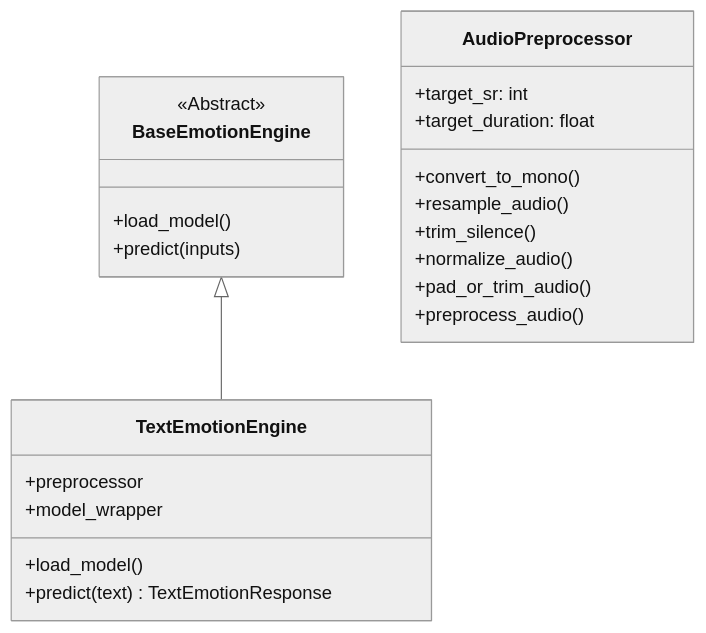
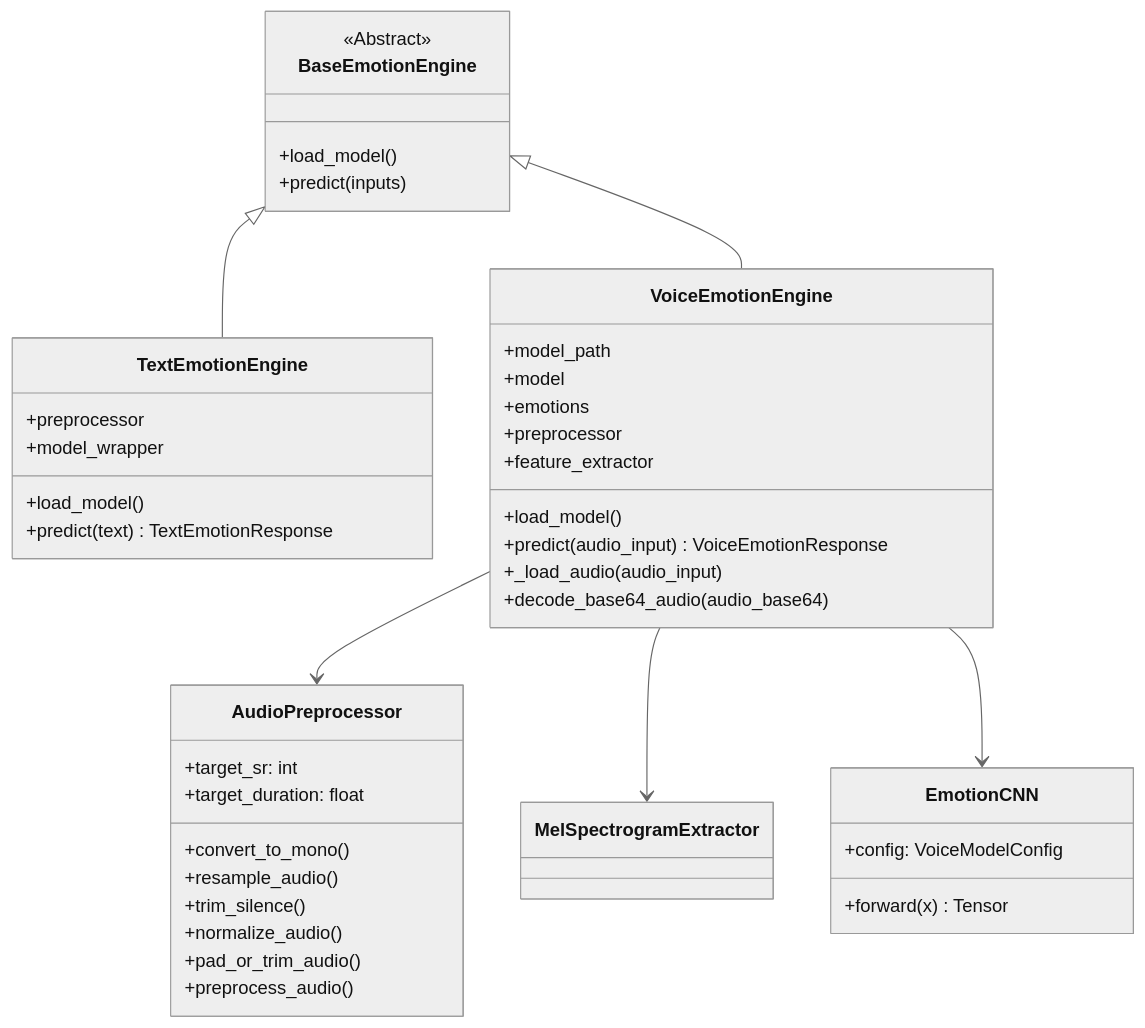
The diagram in README.md (AshwinKumarL/EmotionTrack-AI), drawn with Mermaid (neutral theme) before and after one commit. The commit also changed other lines of this file and 32 other files, not shown here.

First line of the commit message:
feat: complete voice emotion recognition pipeline with VM/2 model, FastAPI API, and 111 tests

````diff
--- a/README.md
+++ b/README.md
@@ -40,25 +75,44 @@
 ```mermaid
 classDiagram
     class BaseEmotionEngine {
         <<Abstract>>
         +load_model()
         +predict(inputs)
     }
     class TextEmotionEngine {
         +preprocessor
         +model_wrapper
         +load_model()
         +predict(text) TextEmotionResponse
     }
+    class VoiceEmotionEngine {
+        +model_path
+        +model
+        +emotions
+        +preprocessor
+        +feature_extractor
+        +load_model()
+        +predict(audio_input) VoiceEmotionResponse
+        +_load_audio(audio_input)
+        +decode_base64_audio(audio_base64)
+    }
     class AudioPreprocessor {
         +target_sr: int
         +target_duration: float
         +convert_to_mono()
         +resample_audio()
         +trim_silence()
         +normalize_audio()
         +pad_or_trim_audio()
         +preprocess_audio()
     }
+    class EmotionCNN {
+        +config: VoiceModelConfig
+        +forward(x) Tensor
+    }
     BaseEmotionEngine <|-- TextEmotionEngine
+    BaseEmotionEngine <|-- VoiceEmotionEngine
+    VoiceEmotionEngine --> AudioPreprocessor
+    VoiceEmotionEngine --> MelSpectrogramExtractor
+    VoiceEmotionEngine --> EmotionCNN
 ```
````
